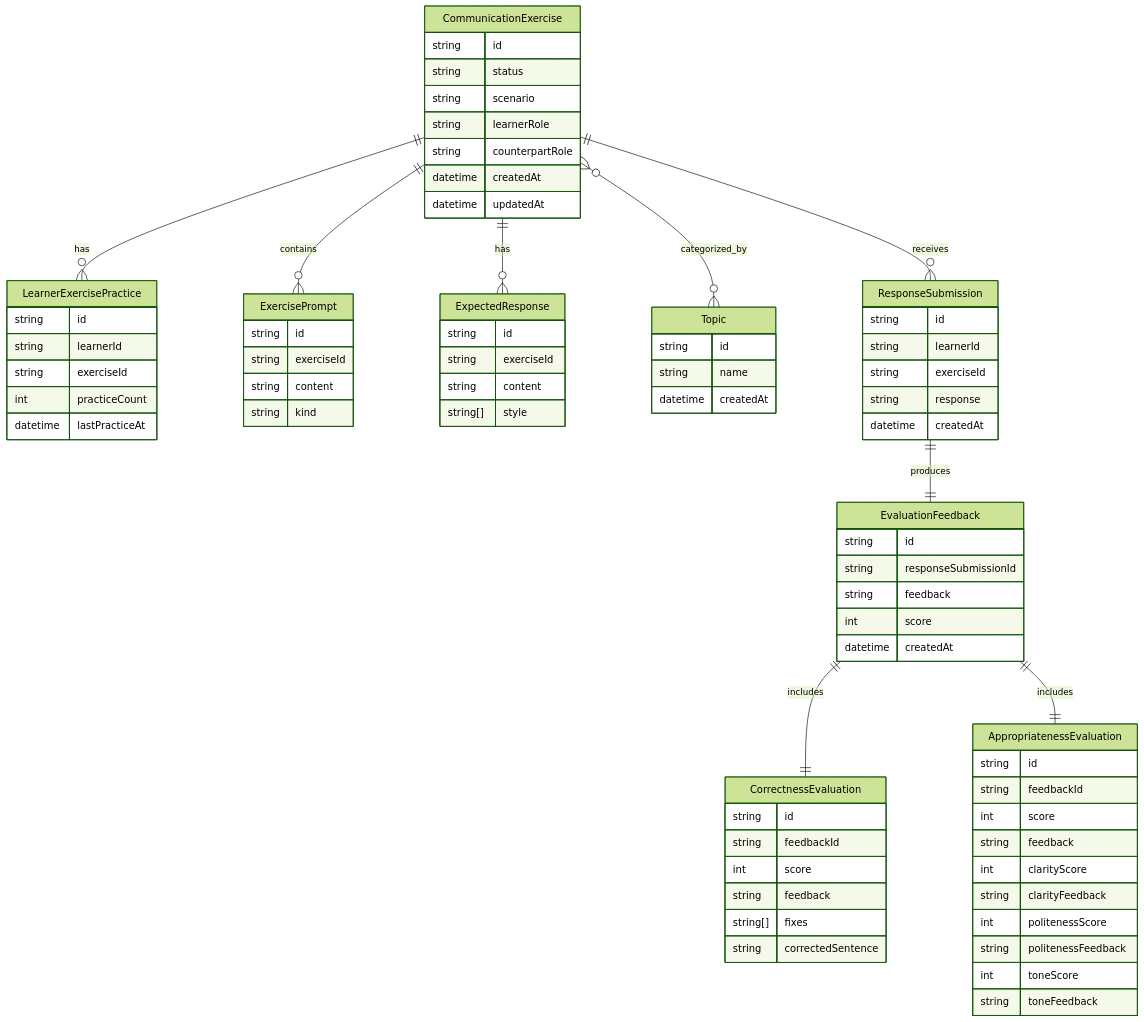
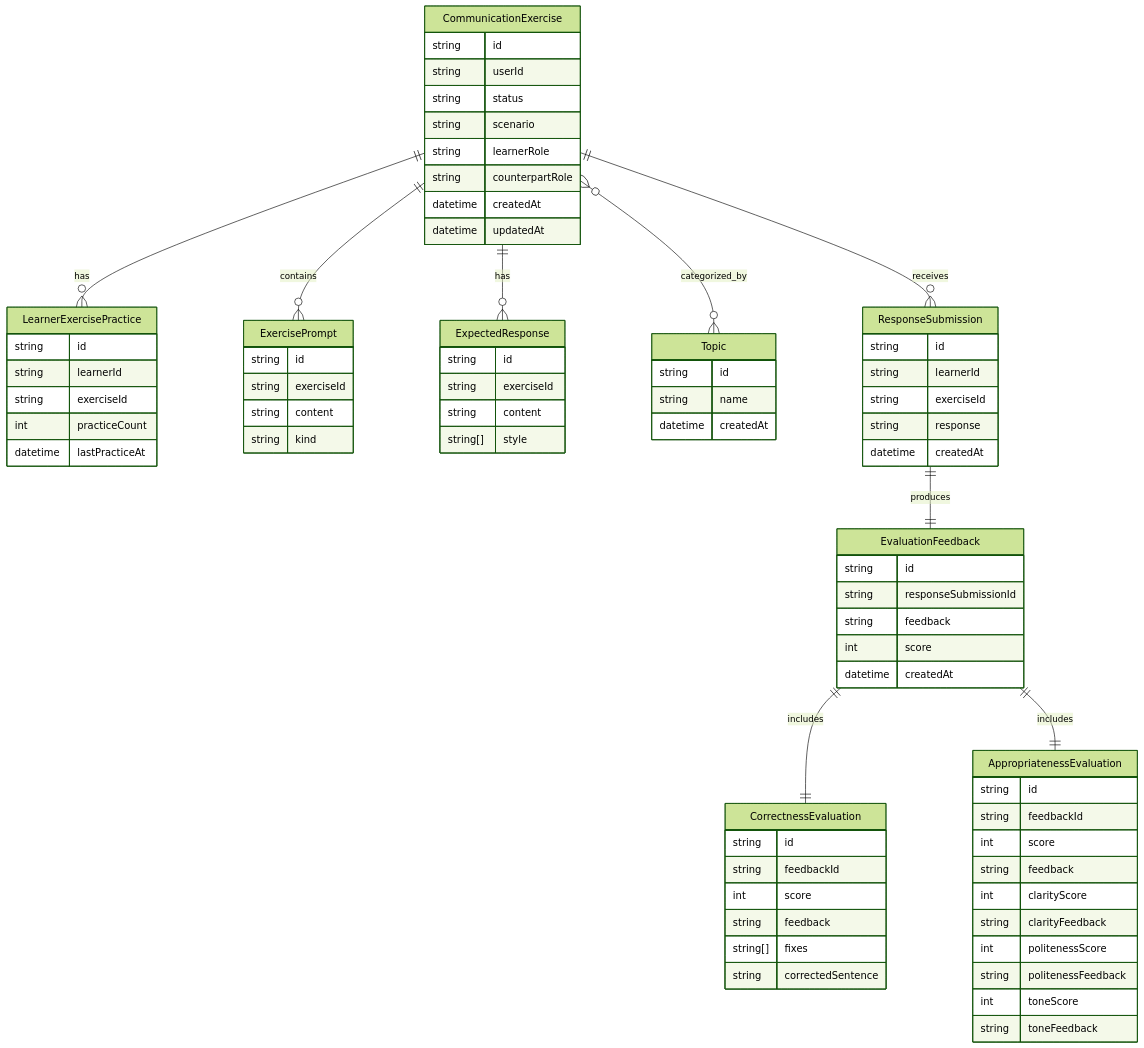
Before and after one commit to lamhq/fluento: the diagram in docs/design/data/communication.md, drawn with Mermaid (forest theme). The commit also changed other lines of this file and 7 other files, not shown here.

```diff
--- a/docs/design/data/communication.md
+++ b/docs/design/data/communication.md
@@ -26,6 +26,7 @@
 
     CommunicationExercise {
         string id
+        string userId
         string status
         string scenario
         string learnerRole
```
